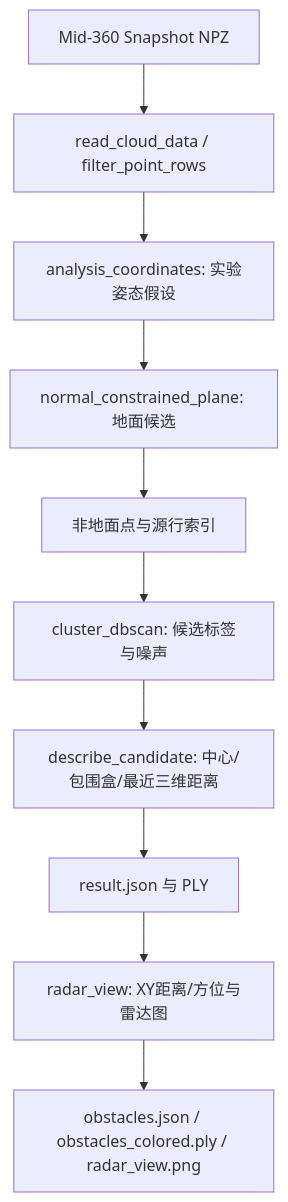
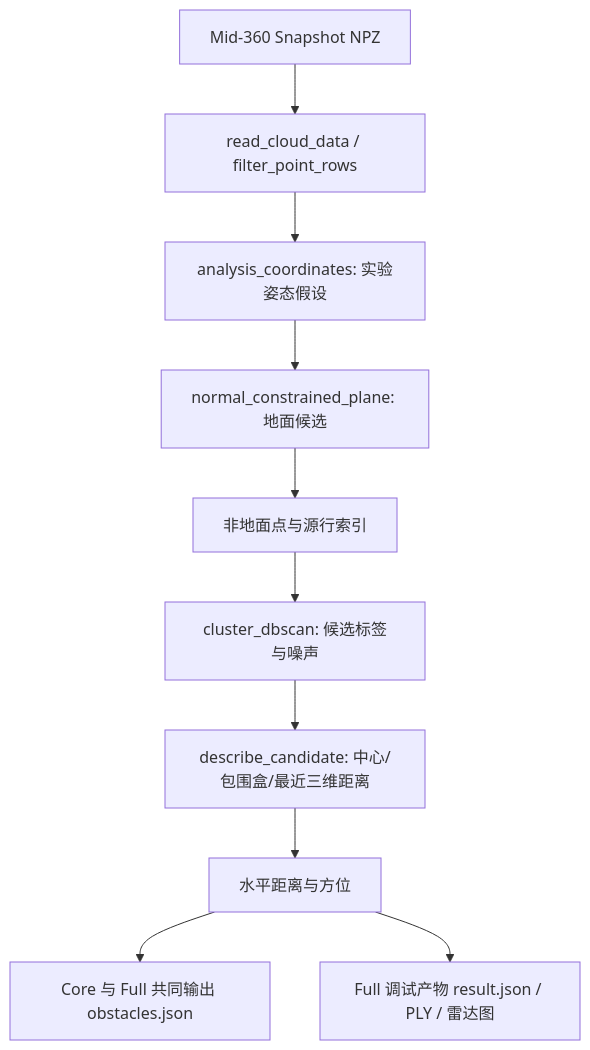
The diagram in README.md (LiKangzhi12138/mower-lidar), drawn with Mermaid before and after one commit. The commit also changed other lines of this file and 19 other files, not shown here.

````diff
--- a/README.md
+++ b/README.md
@@ -18,12 +18,12 @@
 ```mermaid
 flowchart TD
     A[Mid-360 Snapshot NPZ] --> B[read_cloud_data / filter_point_rows]
     B --> C[analysis_coordinates: 实验姿态假设]
     C --> D[normal_constrained_plane: 地面候选]
     D --> E[非地面点与源行索引]
     E --> F[cluster_dbscan: 候选标签与噪声]
     F --> G[describe_candidate: 中心/包围盒/最近三维距离]
-    G --> H[result.json 与 PLY]
-    H --> I[radar_view: XY距离/方位与雷达图]
-    I --> J[obstacles.json / obstacles_colored.ply / radar_view.png]
+    G --> H[水平距离与方位]
+    H --> I[Core 与 Full 共同输出 obstacles.json]
+    H --> J[Full 调试产物 result.json / PLY / 雷达图]
 ```
````
